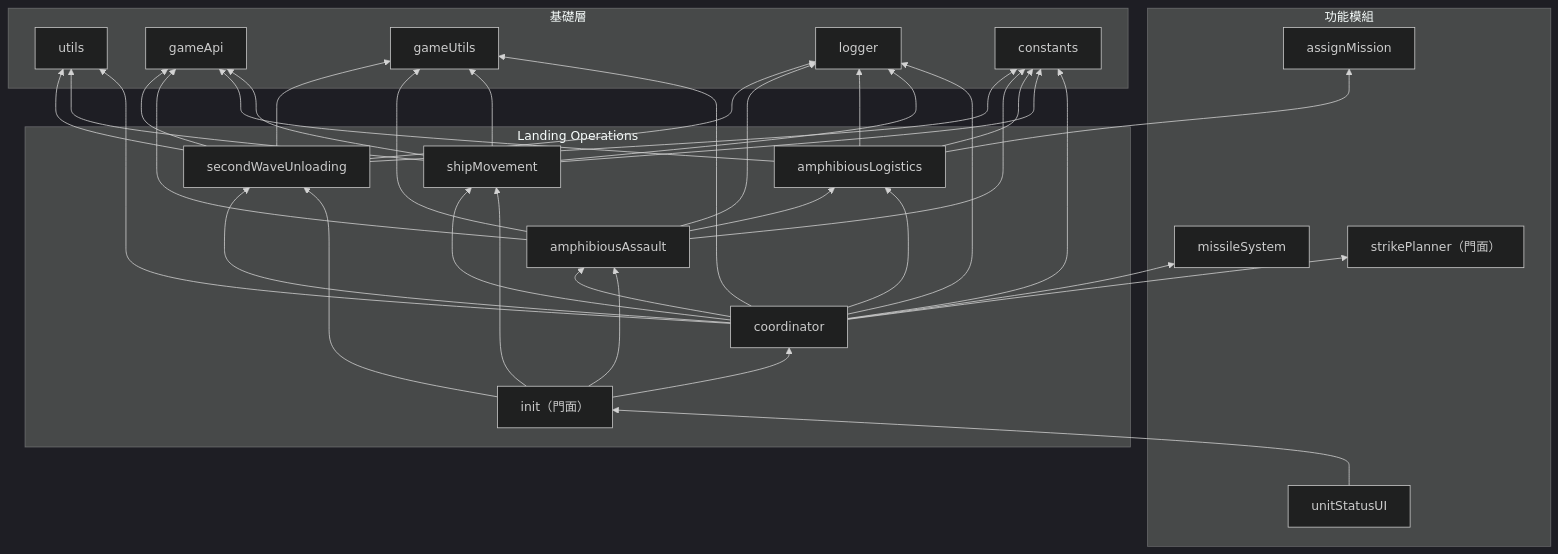
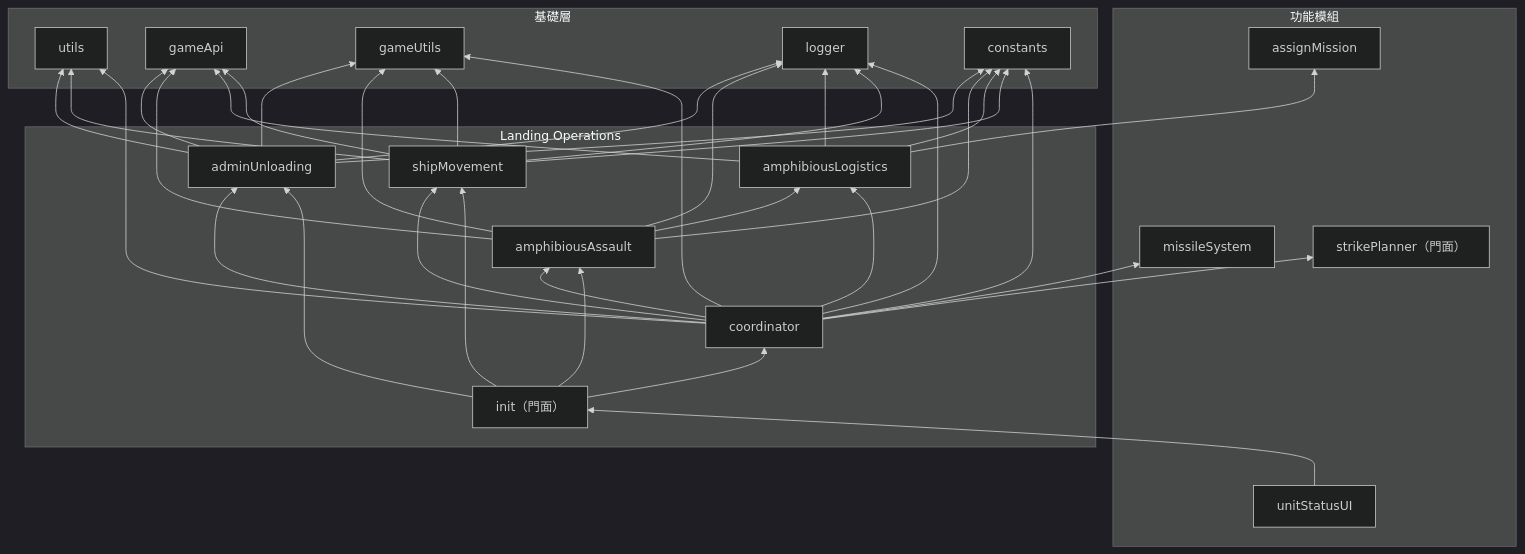
One commit to pullupjumper/formosa-in-flames changed the third of 3 diagrams in docs/landingOps/README.md. Above: the diagram before and after it, drawn with Mermaid (dark theme). The commit also changed other lines of this file and 20 other files, not shown here.

First line of the commit message:
refactor(landingOps): rename secondWaveUnloading to adminUnloading and boat to hovercraft

````diff
--- a/docs/landingOps/README.md
+++ b/docs/landingOps/README.md
@@ -171,34 +171,34 @@
 ```mermaid
 flowchart BT
     subgraph 基礎層
         UTILS["utils"]
         GAMEAPI["gameApi"]
         GAMEUTILS["gameUtils"]
         LOGGER["logger"]
         CONSTANTS["constants"]
     end
 
     subgraph 功能模組
         ASSIGN["assignMission"]
         MISSILE["missileSystem"]
         UI["unitStatusUI"]
         SP["strikePlanner（門面）"]
     end
 
     subgraph Landing Operations
         INIT["init（門面）"]
         COORD["coordinator"]
         SM["shipMovement"]
         AL["amphibiousLogistics"]
         AA["amphibiousAssault"]
-        SW["secondWaveUnloading"]
+        SW["adminUnloading"]
     end
 
     UI --> INIT
     INIT --> COORD & SM & AA & SW
     COORD --> SM & AL & AA & SW & MISSILE & SP & UTILS & GAMEUTILS & CONSTANTS & LOGGER
     SM --> UTILS & GAMEAPI & GAMEUTILS & CONSTANTS & LOGGER
     AL --> GAMEAPI & ASSIGN & CONSTANTS & LOGGER
     AA --> GAMEAPI & GAMEUTILS & AL & CONSTANTS & LOGGER
     SW --> GAMEAPI & UTILS & GAMEUTILS & CONSTANTS & LOGGER
 ```
````
